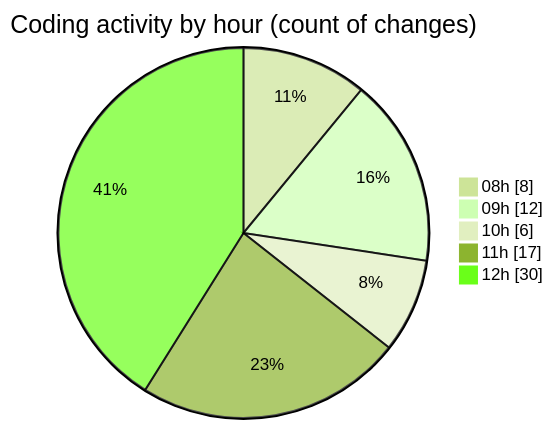
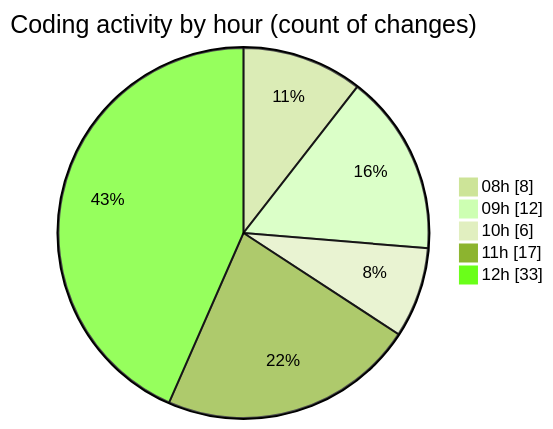
Before and after one commit to momahboobian/code-tracking: the second of 2 diagrams in 2025-09-15/cda/README.md, drawn with Mermaid (forest theme). The commit also changed other lines of this file and 1 other file, not shown here.

````diff
--- a/2025-09-15/cda/README.md
+++ b/2025-09-15/cda/README.md
@@ -33,9 +33,9 @@
 ```mermaid
 pie showData
 title Coding activity by hour (count of changes)
 "08h" : 8
 "09h" : 12
 "10h" : 6
 "11h" : 17
-"12h" : 30
+"12h" : 33
 ```
````
